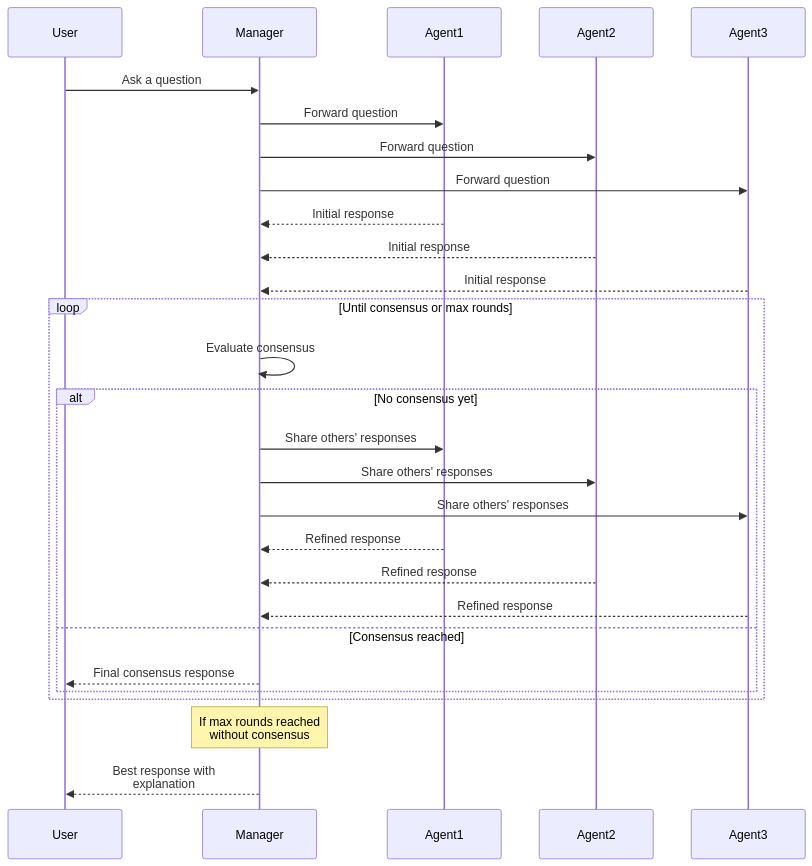
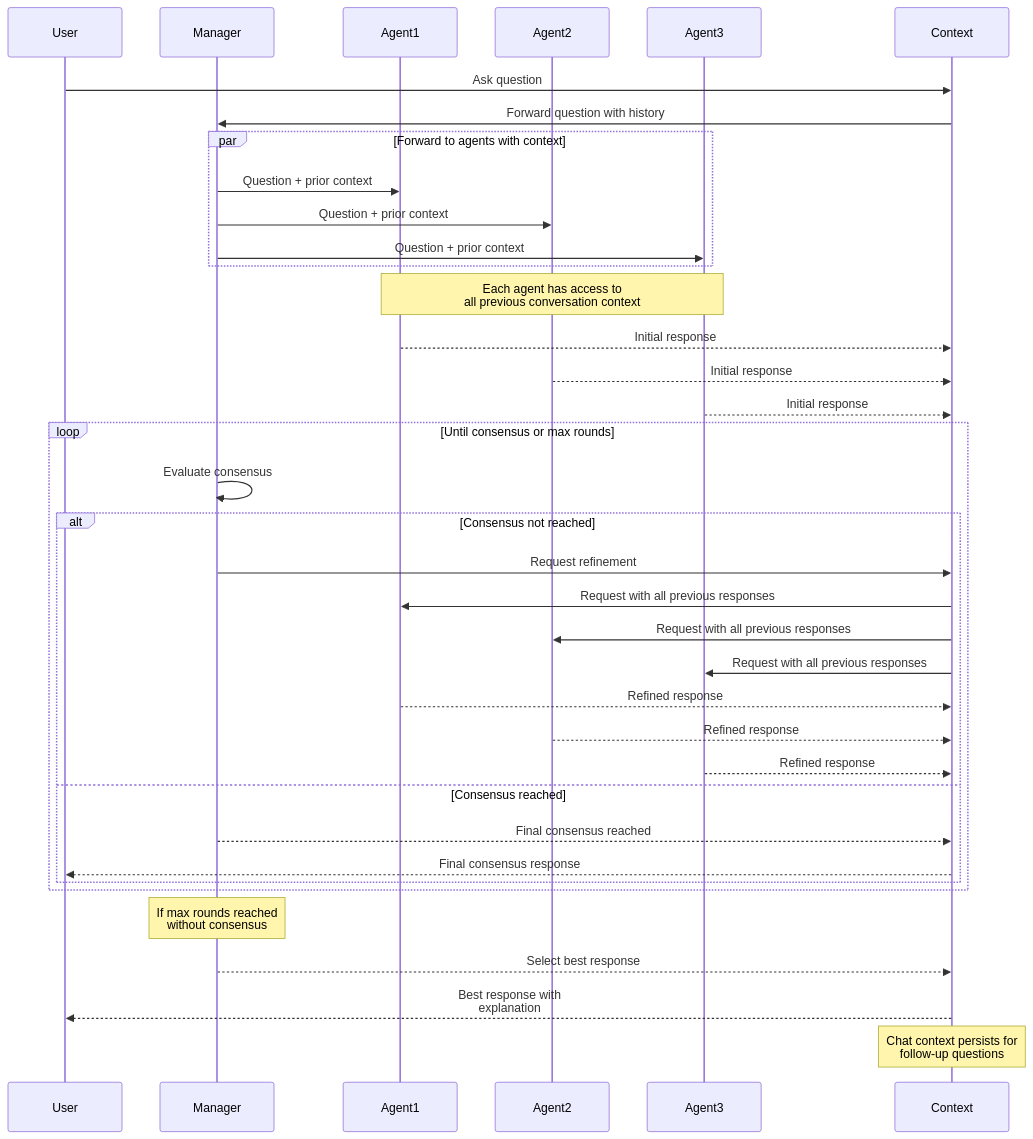
The second of 5 diagrams in README.md (egkristi/llm-langgraph), drawn with Mermaid before and after one commit. The commit also changed other lines of this file, not shown here.

Commit message:
feat: add persistent context and workspace management to system architecture diagrams

````diff
--- a/README.md
+++ b/README.md
@@ -135,35 +151,48 @@
 ```mermaid
 sequenceDiagram
     participant User
     participant Manager
     participant Agent1
     participant Agent2
     participant Agent3
+    participant Context
     
-    User->>Manager: Ask a question
-    Manager->>Agent1: Forward question
-    Manager->>Agent2: Forward question
-    Manager->>Agent3: Forward question
+    User->>Context: Ask question
+    Context->>Manager: Forward question with history
     
-    Agent1-->>Manager: Initial response
-    Agent2-->>Manager: Initial response
-    Agent3-->>Manager: Initial response
+    par Forward to agents with context
+        Manager->>Agent1: Question + prior context
+        Manager->>Agent2: Question + prior context
+        Manager->>Agent3: Question + prior context
+    end
+    
+    Note over Agent1,Agent3: Each agent has access to<br/>all previous conversation context
+    
+    Agent1-->>Context: Initial response
+    Agent2-->>Context: Initial response
+    Agent3-->>Context: Initial response
     
     loop Until consensus or max rounds
         Manager->>Manager: Evaluate consensus
-        alt No consensus yet
-            Manager->>Agent1: Share others' responses
-            Manager->>Agent2: Share others' responses
-            Manager->>Agent3: Share others' responses
+        alt Consensus not reached
+            Manager->>Context: Request refinement
+            Context->>Agent1: Request with all previous responses
+            Context->>Agent2: Request with all previous responses
+            Context->>Agent3: Request with all previous responses
             
-            Agent1-->>Manager: Refined response
-            Agent2-->>Manager: Refined response
-            Agent3-->>Manager: Refined response
+            Agent1-->>Context: Refined response
+            Agent2-->>Context: Refined response
+            Agent3-->>Context: Refined response
         else Consensus reached
-            Manager-->>User: Final consensus response
+            Manager-->>Context: Final consensus reached
+            Context-->>User: Final consensus response
         end
     end
     
     Note over Manager: If max rounds reached<br>without consensus
-    Manager-->>User: Best response with<br>explanation
+    
+    Manager-->>Context: Select best response
+    Context-->>User: Best response with<br>explanation
+    
+    Note over Context: Chat context persists for<br>follow-up questions
 ```
````
